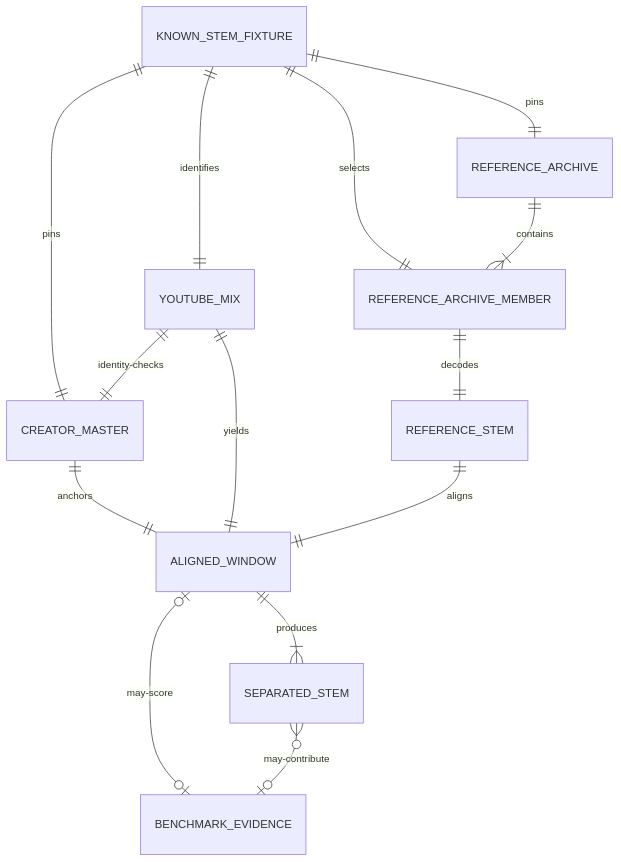
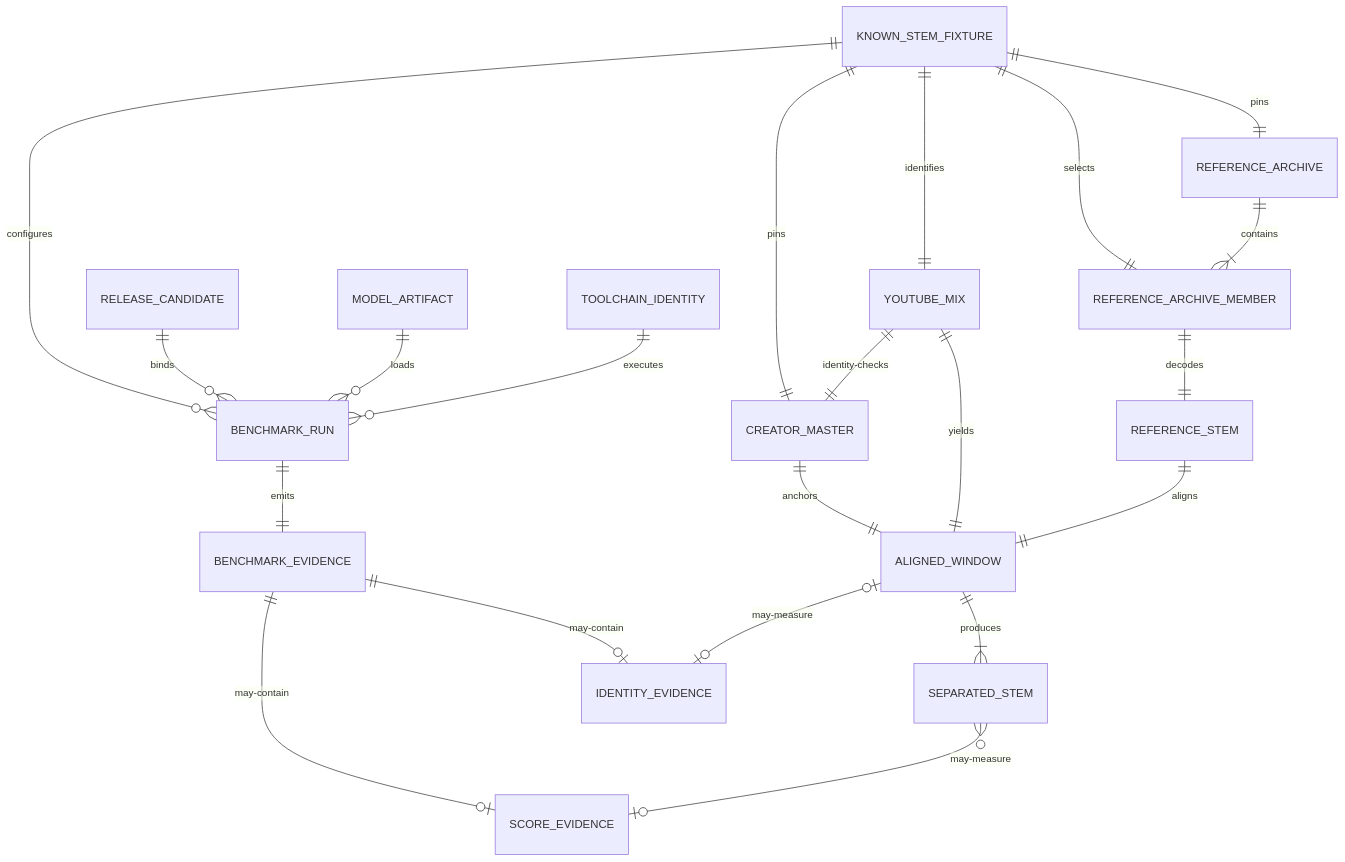
Before and after one commit to ContextualWisdomLab/bandscope: the eighth of 8 diagrams in docs/architecture/diagrams.md, drawn with Mermaid. The commit also changed other lines of this file and 28 other files, not shown here.

Commit message:
docs: enforce known-stem design authority

````diff
--- a/docs/architecture/diagrams.md
+++ b/docs/architecture/diagrams.md
@@ -157,16 +233,23 @@
 ```mermaid
 erDiagram
     KNOWN_STEM_FIXTURE ||--|| REFERENCE_ARCHIVE : pins
     KNOWN_STEM_FIXTURE ||--|| REFERENCE_ARCHIVE_MEMBER : selects
     KNOWN_STEM_FIXTURE ||--|| CREATOR_MASTER : pins
     KNOWN_STEM_FIXTURE ||--|| YOUTUBE_MIX : identifies
     REFERENCE_ARCHIVE ||--|{ REFERENCE_ARCHIVE_MEMBER : contains
     REFERENCE_ARCHIVE_MEMBER ||--|| REFERENCE_STEM : decodes
     YOUTUBE_MIX ||--|| CREATOR_MASTER : identity-checks
     CREATOR_MASTER ||--|| ALIGNED_WINDOW : anchors
     YOUTUBE_MIX ||--|| ALIGNED_WINDOW : yields
     REFERENCE_STEM ||--|| ALIGNED_WINDOW : aligns
     ALIGNED_WINDOW ||--|{ SEPARATED_STEM : produces
-    ALIGNED_WINDOW o|--o| BENCHMARK_EVIDENCE : may-score
-    SEPARATED_STEM }o--o| BENCHMARK_EVIDENCE : may-contribute
+    KNOWN_STEM_FIXTURE ||--o{ BENCHMARK_RUN : configures
+    RELEASE_CANDIDATE ||--o{ BENCHMARK_RUN : binds
+    MODEL_ARTIFACT ||--o{ BENCHMARK_RUN : loads
+    TOOLCHAIN_IDENTITY ||--o{ BENCHMARK_RUN : executes
+    BENCHMARK_RUN ||--|| BENCHMARK_EVIDENCE : emits
+    BENCHMARK_EVIDENCE ||--o| IDENTITY_EVIDENCE : may-contain
+    BENCHMARK_EVIDENCE ||--o| SCORE_EVIDENCE : may-contain
+    ALIGNED_WINDOW o|--o| IDENTITY_EVIDENCE : may-measure
+    SEPARATED_STEM }o--o| SCORE_EVIDENCE : may-measure
 ```
````
